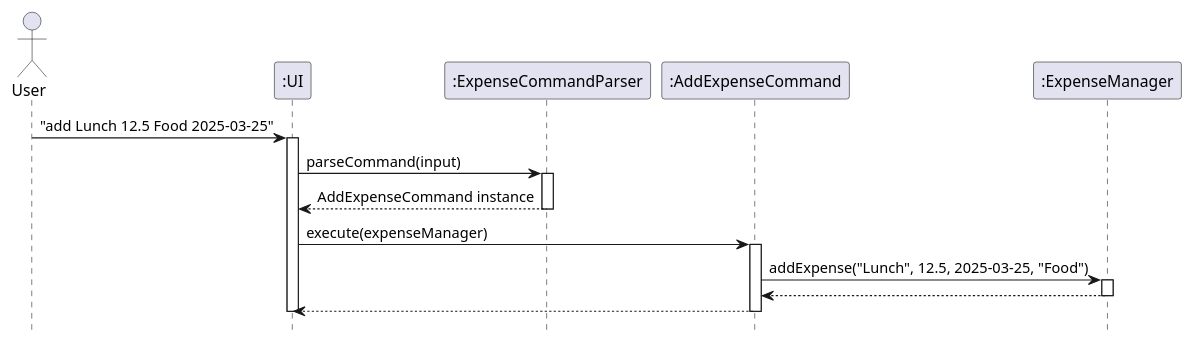
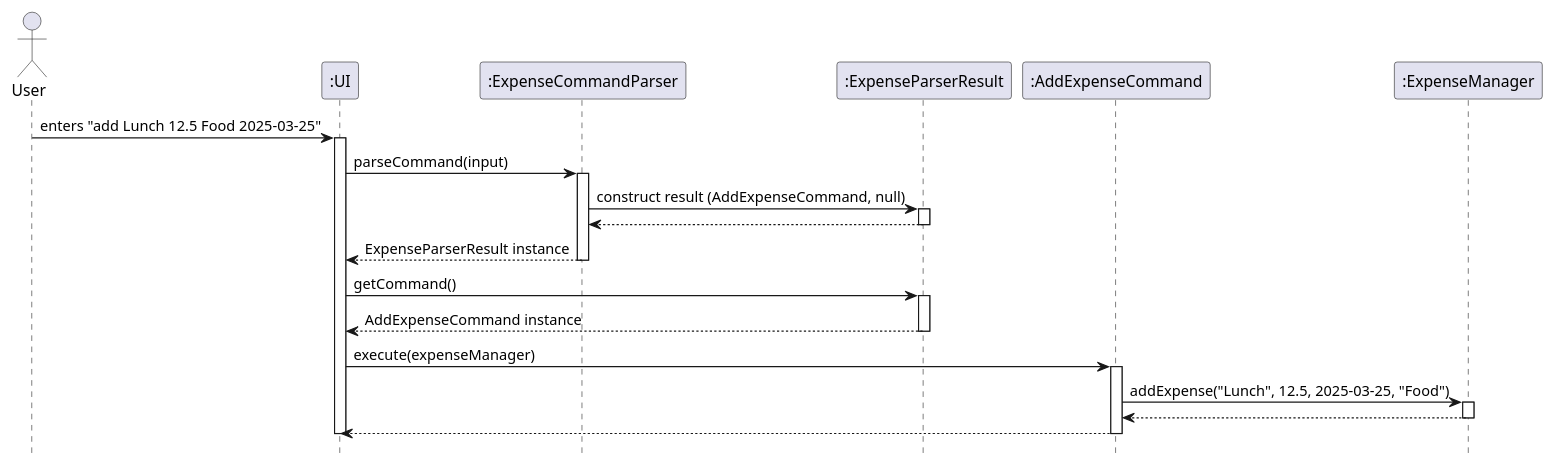
The diagram in docs/diagrams/AddExpenseSequence.puml (trunghjieu2506/tp), drawn with PlantUML before and after one commit.

Commit message:
Implement correct sequence diagram

```diff
--- a/docs/diagrams/AddExpenseSequence.puml
+++ b/docs/diagrams/AddExpenseSequence.puml
@@ -1,29 +1,41 @@
 @startuml
 actor User
 participant ":UI"
 participant ":ExpenseCommandParser"
+participant ":ExpenseParserResult"
 participant ":AddExpenseCommand"
 participant ":ExpenseManager"
 hide footbox
 
-User -> ":UI" : "add Lunch 12.5 Food 2025-03-25"
+User -> ":UI" : enters "add Lunch 12.5 Food 2025-03-25"
 activate ":UI"
 
 ":UI" -> ":ExpenseCommandParser": parseCommand(input)
 activate ":ExpenseCommandParser"
-":ExpenseCommandParser" --> ":UI": AddExpenseCommand instance
+
+":ExpenseCommandParser" -> ":ExpenseParserResult": construct result (AddExpenseCommand, null)
+activate ":ExpenseParserResult"
+":ExpenseParserResult" --> ":ExpenseCommandParser"
+deactivate ":ExpenseParserResult"
+
+":ExpenseCommandParser" --> ":UI": ExpenseParserResult instance
 deactivate ":ExpenseCommandParser"
+
+":UI" -> ":ExpenseParserResult": getCommand()
+activate ":ExpenseParserResult"
+":ExpenseParserResult" --> ":UI": AddExpenseCommand instance
+deactivate ":ExpenseParserResult"
 
 ":UI" -> ":AddExpenseCommand": execute(expenseManager)
 activate ":AddExpenseCommand"
 
 ":AddExpenseCommand" -> ":ExpenseManager": addExpense("Lunch", 12.5, 2025-03-25, "Food")
 activate ":ExpenseManager"
 ":ExpenseManager" --> ":AddExpenseCommand"
 deactivate ":ExpenseManager"
 
 ":AddExpenseCommand" --> ":UI"
 deactivate ":AddExpenseCommand"
 
 deactivate ":UI"
 @enduml
```
